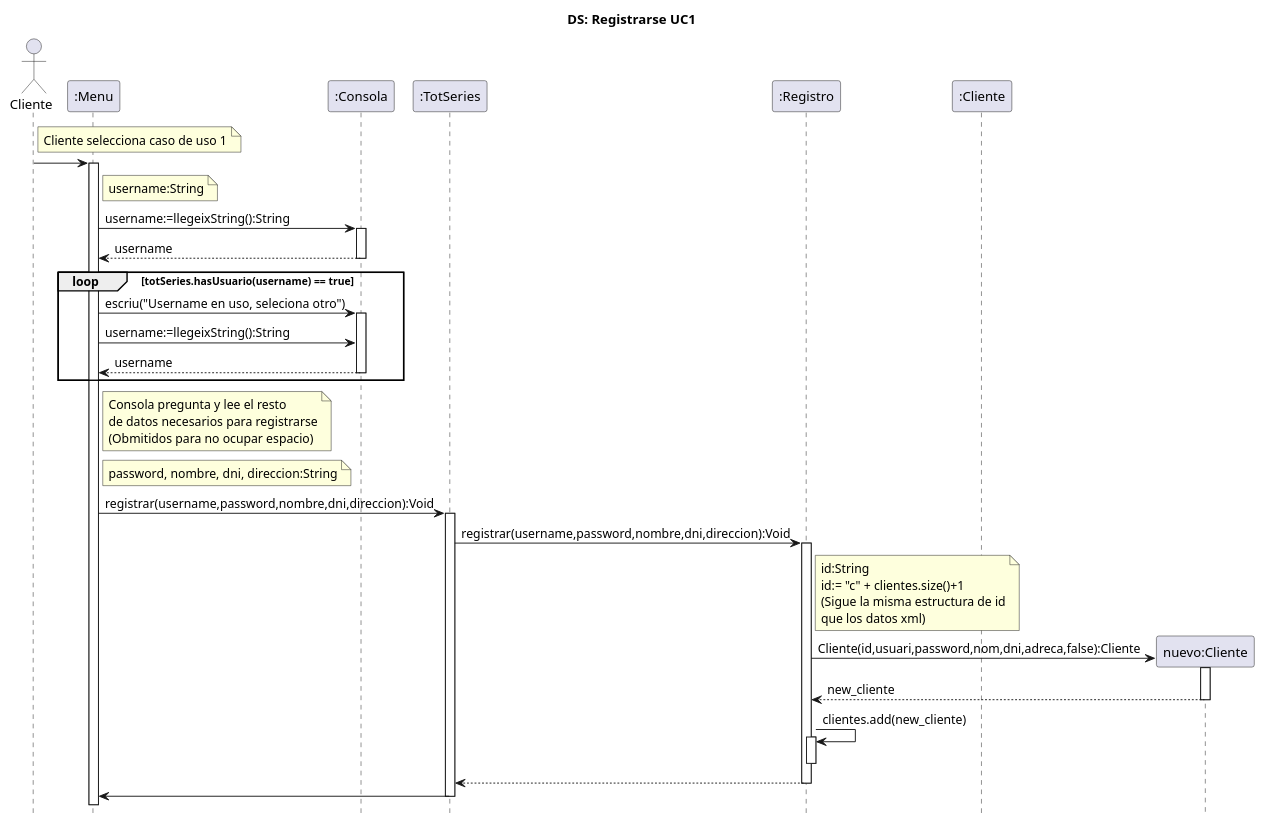
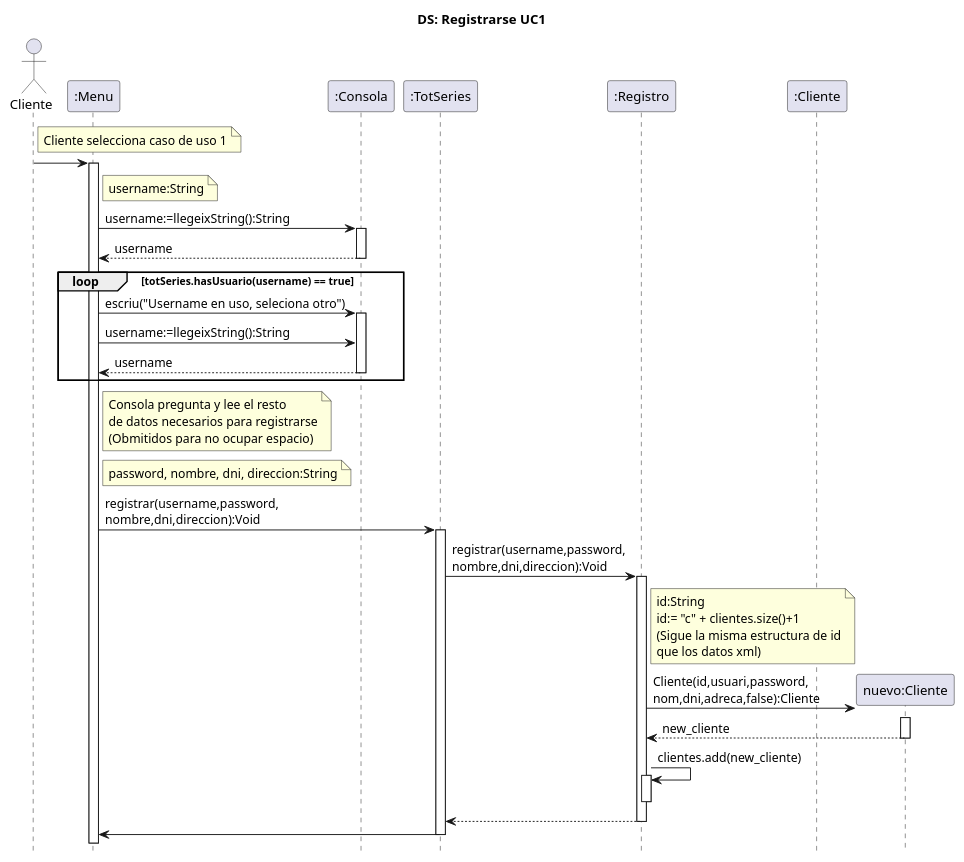
Before and after one commit to MrViciao/TotSeries: the diagram in src/totseries/Uml/Secuencia/Diagrama de Secuencia Uc1.puml, drawn with PlantUML. The commit also changed 7 other files, not shown here.

```diff
--- a/src/totseries/Uml/Secuencia/Diagrama de Secuencia Uc1.puml
+++ b/src/totseries/Uml/Secuencia/Diagrama de Secuencia Uc1.puml
@@ -1,69 +1,69 @@
 @startuml
 title	DS: Registrarse UC1
 hide	footbox
 
 actor Cliente
 participant ":Menu" as Menu
 participant ":Consola" as Consola
 participant ":TotSeries" as TotSeries
 participant ":Registro" as Registro
 participant ":Cliente" as Usuario
 participant "nuevo:Cliente" as nUsuario
 
 note right Cliente
         Cliente selecciona caso de uso 1
     end note
 Cliente -> Menu
 
 activate Menu
     note right Menu
         username:String
     end note
     
     Menu->Consola:username:=llegeixString():String
     activate Consola
     Consola-->Menu:username
     deactivate Consola
 loop totSeries.hasUsuario(username) == true
     Menu->Consola:escriu("Username en uso, seleciona otro")
     activate Consola
     Menu->Consola:username:=llegeixString():String
     Consola-->Menu:username
     deactivate Consola
 end loop
 
 note right Menu
         Consola pregunta y lee el resto
         de datos necesarios para registrarse
         (Obmitidos para no ocupar espacio)
     end note
 
 note right Menu
         password, nombre, dni, direccion:String
     end note
 
-Menu -> TotSeries:registrar(username,password,nombre,dni,direccion):Void
+Menu -> TotSeries:registrar(username,password,\nnombre,dni,direccion):Void
 activate TotSeries
-TotSeries -> Registro:registrar(username,password,nombre,dni,direccion):Void
+TotSeries -> Registro:registrar(username,password,\nnombre,dni,direccion):Void
 activate Registro
 note right Registro
         id:String
         id:= "c" + clientes.size()+1
         (Sigue la misma estructura de id
         que los datos xml)
     end note
 create nUsuario
 
-Registro -> nUsuario:Cliente(id,usuari,password,nom,dni,adreca,false):Cliente
+Registro -> nUsuario:Cliente(id,usuari,password,\nnom,dni,adreca,false):Cliente
 activate nUsuario
 nUsuario --> Registro: new_cliente
 deactivate nUsuario
 Registro -> Registro: clientes.add(new_cliente)
 activate Registro
 deactivate Registro
 Registro --> TotSeries
 deactivate Registro
 TotSeries->Menu
 deactivate TotSeries
 
 @enduml
```
